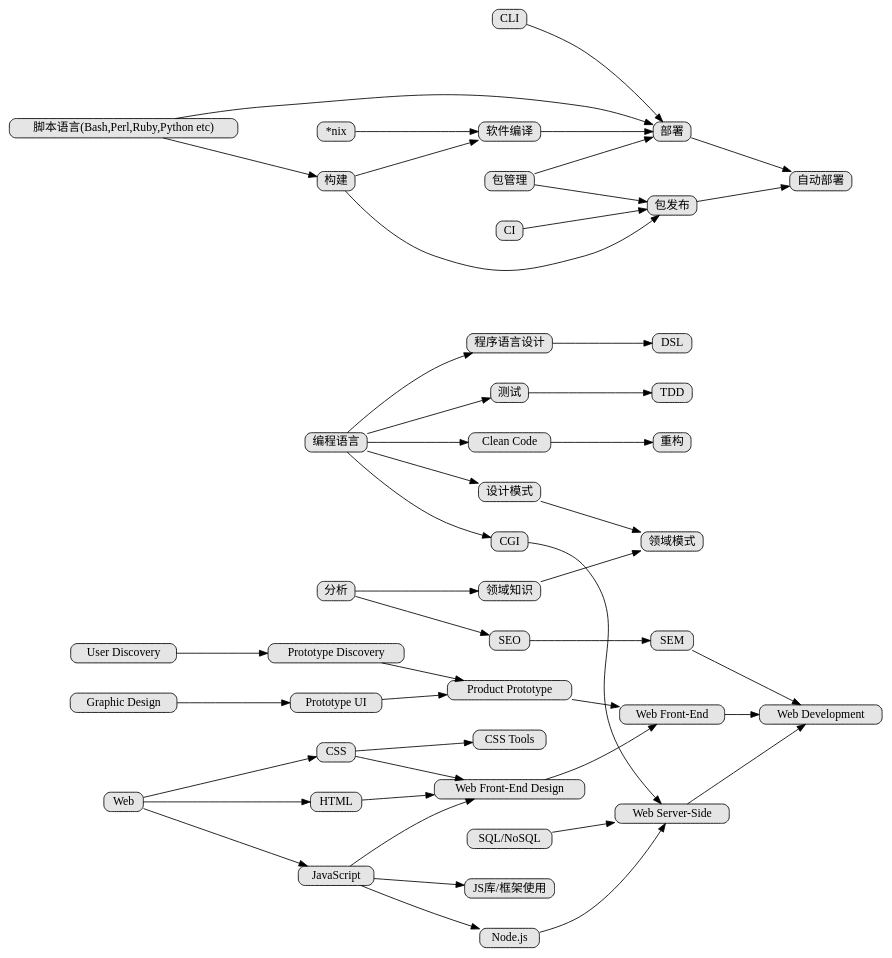
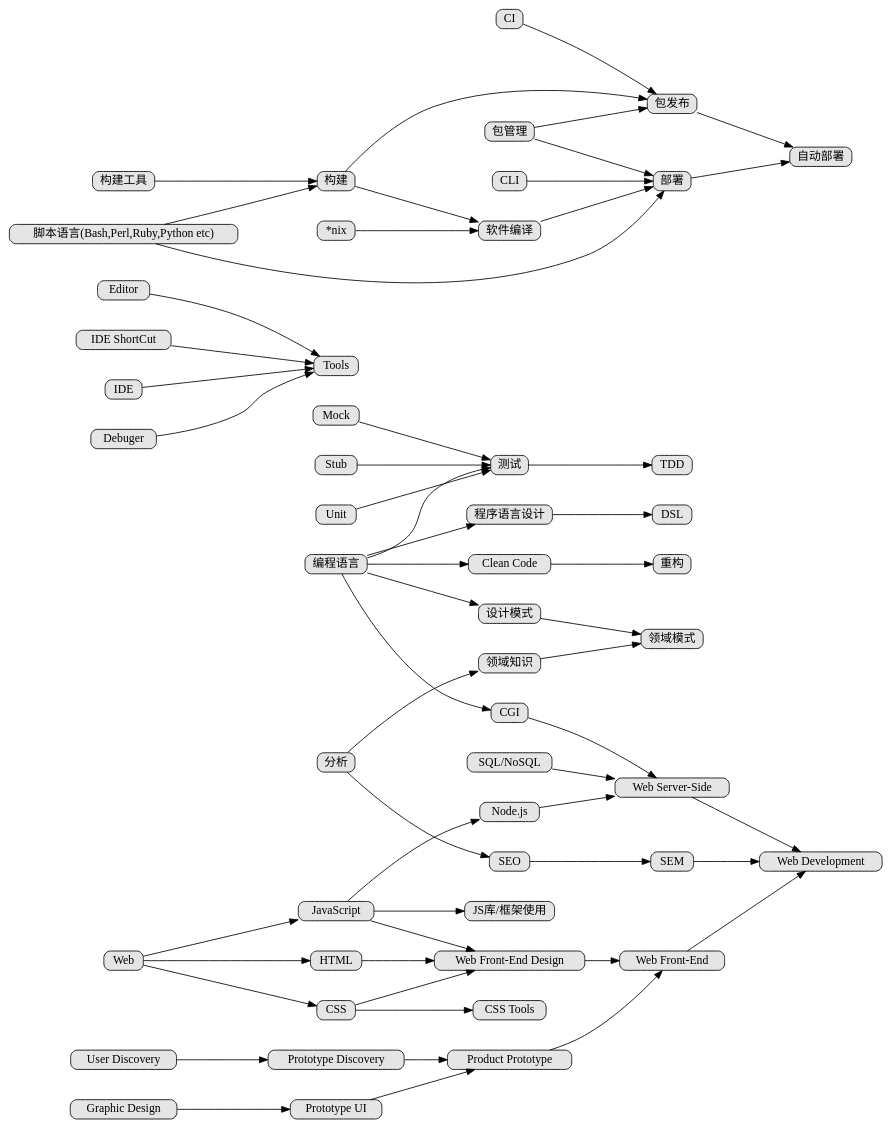
One commit to phodal/developer changed the diagram in tree.dot. Above: the diagram before and after it, drawn with Graphviz.

Commit message:
Add tools

```diff
--- a/tree.dot
+++ b/tree.dot
@@ -1,47 +1,56 @@
 digraph tree
 {
     nodesep=0.5;
     charset="UTF-8";
     rankdir=LR;
     fixedsize=true;
     node [style="rounded,filled", width=0, height=0, shape=box, fillcolor="#E5E5E5", concentrate=true]
 
     "编程语言" -> "CGI"
     "CGI" -> "Web Server-Side"
     Web -> "JavaScript" -> "Web Front-End Design"
     Web -> "HTML" -> "Web Front-End Design"
     Web -> "CSS" -> "Web Front-End Design"
     "Graphic Design" -> "Prototype UI" -> "Product Prototype"
     "User Discovery" -> "Prototype Discovery" -> "Product Prototype"
     "Web Front-End Design" -> "Web Front-End"
     "Product Prototype" -> "Web Front-End"
     "SEM" -> "Web Development"
 
     "CSS" -> "CSS Tools"
     "JavaScript" -> "Node.js" -> "Web Server-Side"
     "JavaScript" -> "JS库/框架使用"
     "SQL/NoSQL" -> "Web Server-Side"
     "Web Server-Side" -> "Web Development"
     "Web Front-End" -> "Web Development"
 
     "编程语言" -> "设计模式" -> "领域模式"
     "编程语言" -> "测试"
     "测试" -> "TDD"
+    "Mock" -> "测试"
+    "Stub" -> "测试"
+    "Unit" -> "测试"
     "编程语言" -> "Clean Code"
     "Clean Code" -> "重构"
     "分析" -> "领域知识" -> "领域模式"
     "分析" -> "SEO" -> "SEM"
     "编程语言" -> "程序语言设计" -> "DSL"
 
+    "Editor" -> "Tools"
+    "IDE ShortCut" -> "Tools"
+    "IDE" -> "Tools"
+    "Debuger" -> "Tools"
+
     "包管理" -> "部署"
     "CI" -> "包发布"
+    "构建工具" -> "构建"
     "构建" -> "包发布"
     "部署" -> "自动部署"
     "包管理" -> "包发布" -> "自动部署"
     "CLI" -> "部署"
     "脚本语言(Bash,Perl,Ruby,Python etc)" -> "部署"
     "脚本语言(Bash,Perl,Ruby,Python etc)" -> "构建"
     "*nix" -> "软件编译" -> "部署"
     "构建" -> "软件编译"
 
 }
```
